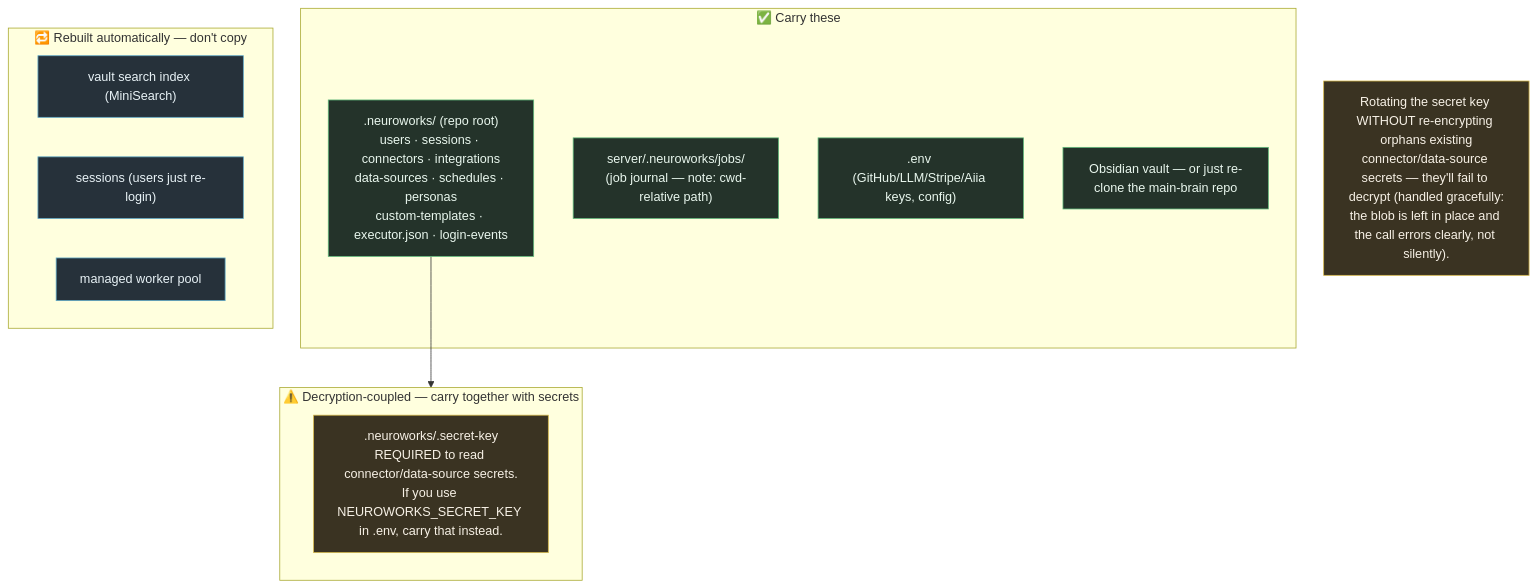
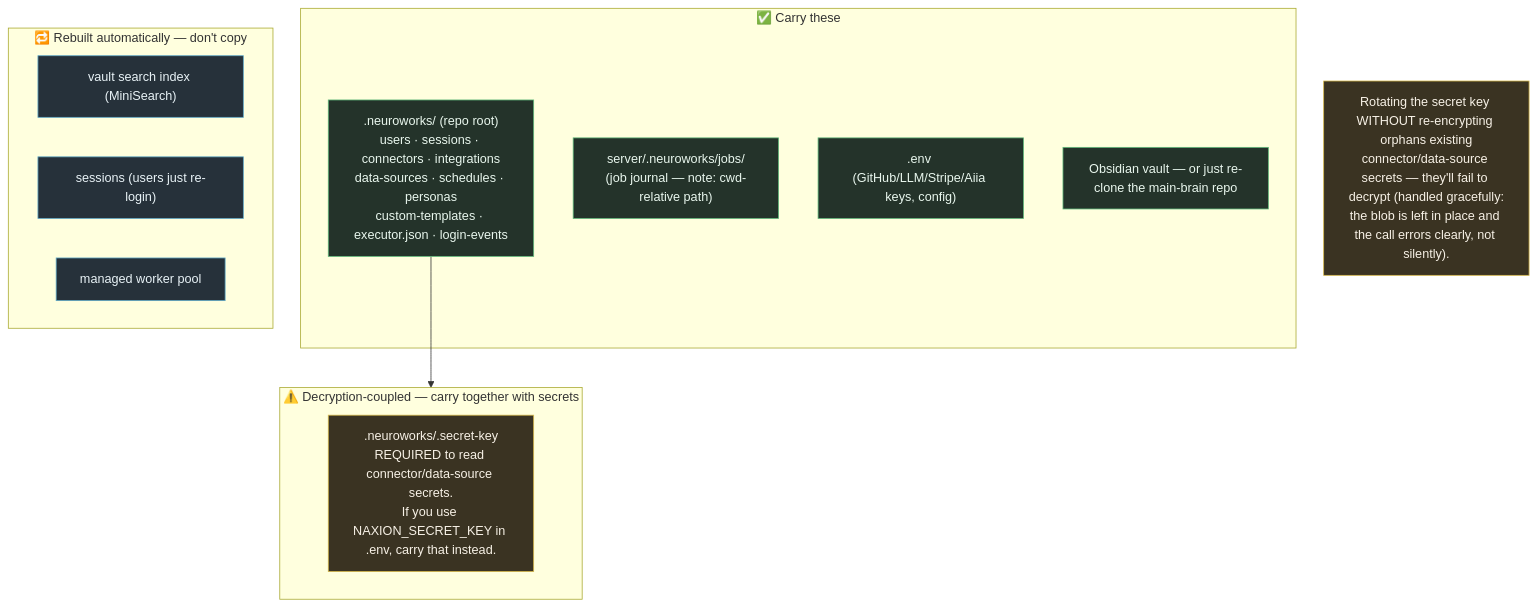
One commit to NatureAiia/Naxie changed the fourth of 4 diagrams in naxionai/docs/DATA-MIGRATION.md. Above: the diagram before and after it, drawn with Mermaid. The commit also changed other lines of this file and 107 other files, not shown here.

````diff
--- a/naxionai/docs/DATA-MIGRATION.md
+++ b/naxionai/docs/DATA-MIGRATION.md
@@ -80,26 +80,26 @@
 ```mermaid
 flowchart TB
   classDef ok fill:#24332a,stroke:#5fb87a,color:#e9f7ee;
   classDef warn fill:#3a3322,stroke:#d6b84b,color:#f7f1e6;
   classDef rebuild fill:#26313a,stroke:#5fa8c7,color:#e9f3f7;
 
   subgraph PORT["✅ Carry these"]
     NW[".neuroworks/ (repo root)<br/>users · sessions · connectors · integrations<br/>data-sources · schedules · personas<br/>custom-templates · executor.json · login-events"]:::ok
     JOBS["server/.neuroworks/jobs/<br/>(job journal — note: cwd-relative path)"]:::ok
     ENVF[".env (GitHub/LLM/Stripe/Aiia keys, config)"]:::ok
     VLT["Obsidian vault — or just re-clone the main-brain repo"]:::ok
   end
 
   subgraph KEYED["⚠️ Decryption-coupled — carry together with secrets"]
-    SK[".neuroworks/.secret-key<br/>REQUIRED to read connector/data-source secrets.<br/>If you use NEUROWORKS_SECRET_KEY in .env, carry that instead."]:::warn
+    SK[".neuroworks/.secret-key<br/>REQUIRED to read connector/data-source secrets.<br/>If you use NAXION_SECRET_KEY in .env, carry that instead."]:::warn
   end
 
   subgraph REBUILD["🔁 Rebuilt automatically — don't copy"]
     IDX["vault search index (MiniSearch)"]:::rebuild
     SESS["sessions (users just re-login)"]:::rebuild
     POOL["managed worker pool"]:::rebuild
   end
 
   NW --> KEYED
   NOTE["Rotating the secret key WITHOUT re-encrypting orphans existing<br/>connector/data-source secrets — they'll fail to decrypt (handled gracefully:<br/>the blob is left in place and the call errors clearly, not silently)."]:::warn
 ```
````
